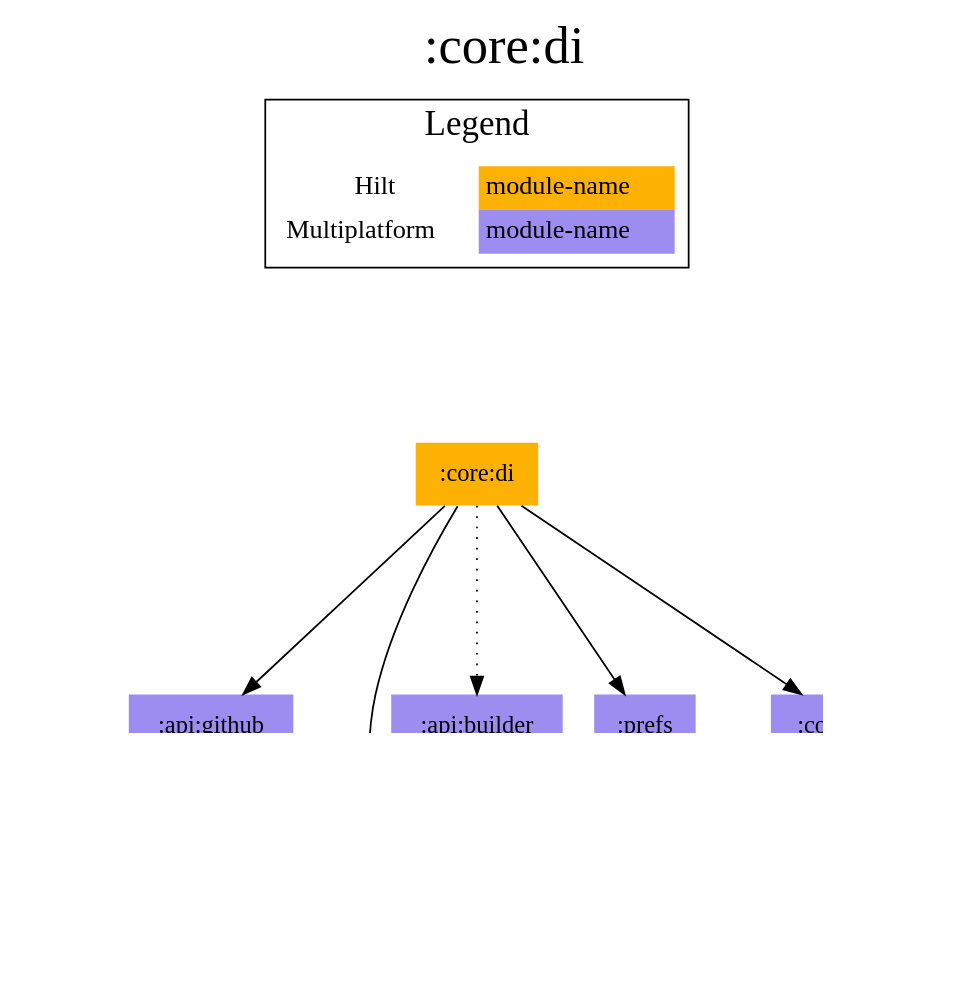
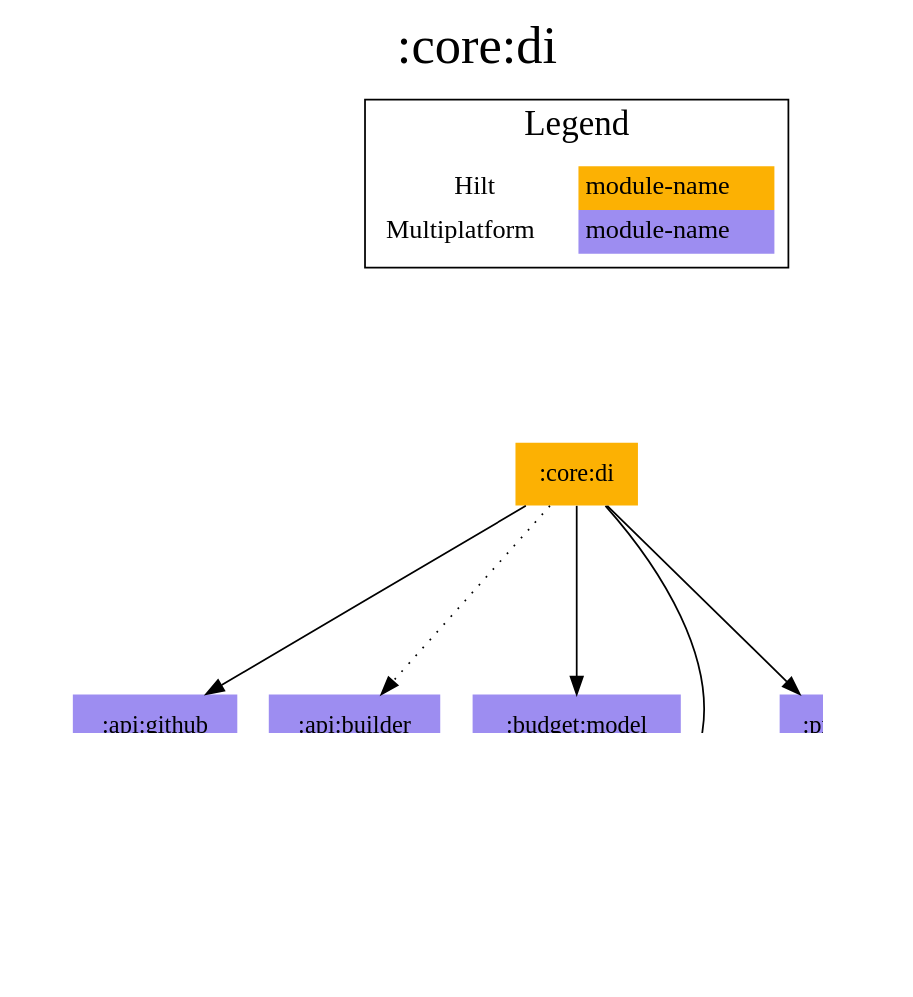
The diagram in modules/core/di/modules.dot (jonapoul/aktual), drawn with Graphviz before and after one commit. The commit also changed 51 other files, not shown here.

```diff
--- a/modules/core/di/modules.dot
+++ b/modules/core/di/modules.dot
@@ -1,40 +1,38 @@
 digraph {
 edge ["dir"="forward"]
 graph ["dpi"="100","label"=":core:di","labelloc"="t","fontsize"="30","ranksep"="1.5","rankdir"="TB"]
 node ["style"="filled"]
 ":account:model" ["fillcolor"="#9D8DF1","shape"="none"]
 ":api:builder" ["fillcolor"="#9D8DF1","shape"="none"]
 ":api:github" ["fillcolor"="#9D8DF1","shape"="none"]
 ":budget:model" ["fillcolor"="#9D8DF1","shape"="none"]
 ":codegen:annotation" ["fillcolor"="#9D8DF1","shape"="none"]
 ":core:di" ["fillcolor"="#FCB103","shape"="none"]
-":core:files" ["fillcolor"="#9D8DF1","shape"="none"]
 ":core:model" ["fillcolor"="#9D8DF1","shape"="none"]
 ":prefs" ["fillcolor"="#9D8DF1","shape"="none"]
 {
 edge ["dir"="none"]
 graph ["rank"="same"]
 ":core:di"
 }
 ":api:builder" -> ":core:model"
 ":api:github" -> ":codegen:annotation" ["style"="dotted"]
 ":api:github" -> ":core:model"
 ":core:di" -> ":api:builder" ["style"="dotted"]
 ":core:di" -> ":api:github"
-":core:di" -> ":core:files"
+":core:di" -> ":budget:model"
 ":core:di" -> ":core:model"
 ":core:di" -> ":prefs"
-":core:files" -> ":budget:model"
 ":prefs" -> ":account:model"
 ":prefs" -> ":core:model"
 subgraph "cluster_legend" {
 edge ["dir"="none"]
 graph ["label"="Legend","fontsize"="20"]
 "Legend" ["style"="filled","fillcolor"="#FFFFFF","shape"="none","margin"="0","fontsize"="15","label"=<
 <TABLE BORDER="0" CELLBORDER="0" CELLSPACING="0" CELLPADDING="4">
 <TR><TD>Hilt</TD><TD BGCOLOR="#FCB103">module-name</TD></TR>
 <TR><TD>Multiplatform</TD><TD BGCOLOR="#9D8DF1">module-name</TD></TR>
 </TABLE>
 >]
 } -> ":core:di" ["style"="invis"]
 }
```
